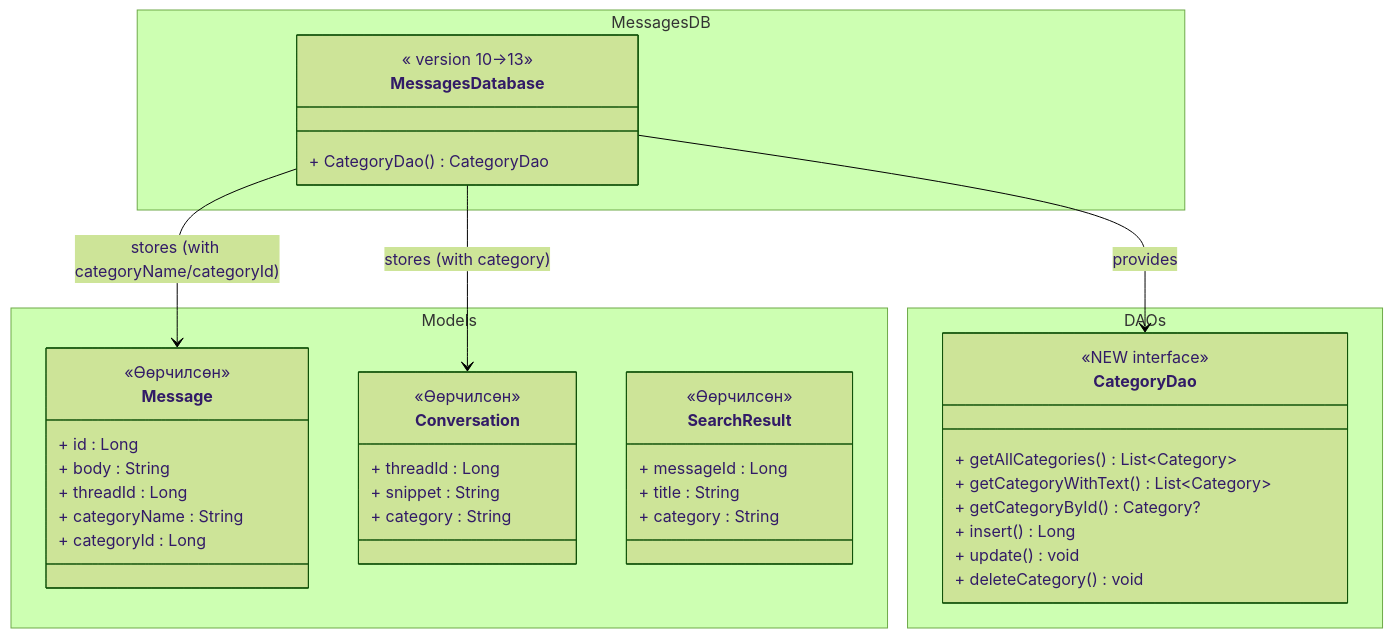
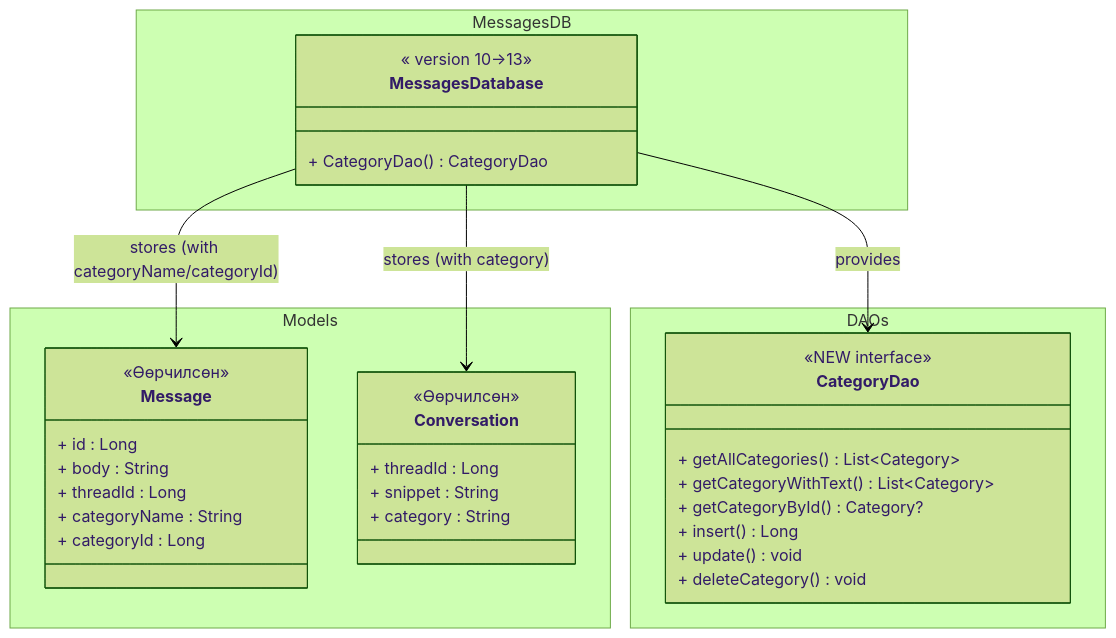
One commit to Timekilla-tech/Messages changed the diagram in MUST Thesis/database.mermaid. Above: the diagram before and after it, drawn with Mermaid (forest theme). The commit also changed 2 other files, not shown here.

Commit message:
docs(mermaid): архитектурын диаграмаас SavedView, SearchResult болон ManageCategoriesActivity ангиудыг устгасан

```diff
--- a/MUST Thesis/database.mermaid
+++ b/MUST Thesis/database.mermaid
@@ -1,49 +1,42 @@
 classDiagram
 namespace Models {
     class Message {
       <<Өөрчилсөн>>
       + id : Long
       + body : String
       + threadId : Long
       %% ── NEW fields ──
       + categoryName : String
       + categoryId : Long
     }
     class Conversation {
       <<Өөрчилсөн>>
       + threadId : Long
       + snippet : String
-      %% ── NEW field ──
-      + category : String
-    }
-    class SearchResult {
-      <<Өөрчилсөн>>
-      + messageId : Long
-      + title : String
       %% ── NEW field ──
       + category : String
     }
   }
   namespace DAOs {
     class CategoryDao {
       <<NEW interface>>
       + getAllCategories() List~Category~
       + getCategoryWithText() List~Category~
       + getCategoryById() Category?
       + insert() Long
       + update() void
       + deleteCategory() void
     }
   }
   namespace MessagesDB {
     class MessagesDatabase {
       << version 10→13>>
       %% ── NEW ──
       + CategoryDao() CategoryDao
       %% MIGRATION_10_11: categories table, category cols on messages+conversations
       %% MIGRATION_11_12: keywords_is_regex column
     }
   }
   MessagesDatabase --> CategoryDao : provides
   MessagesDatabase --> Message : stores (with categoryName/categoryId)
   MessagesDatabase --> Conversation : stores (with category)
```
